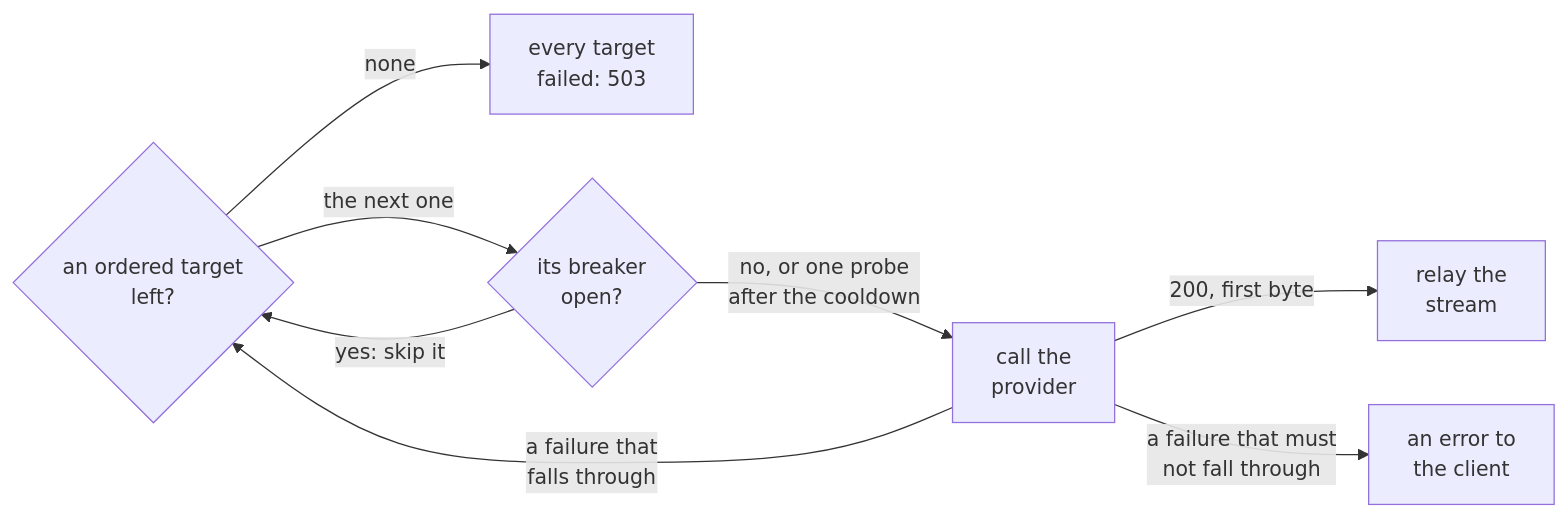
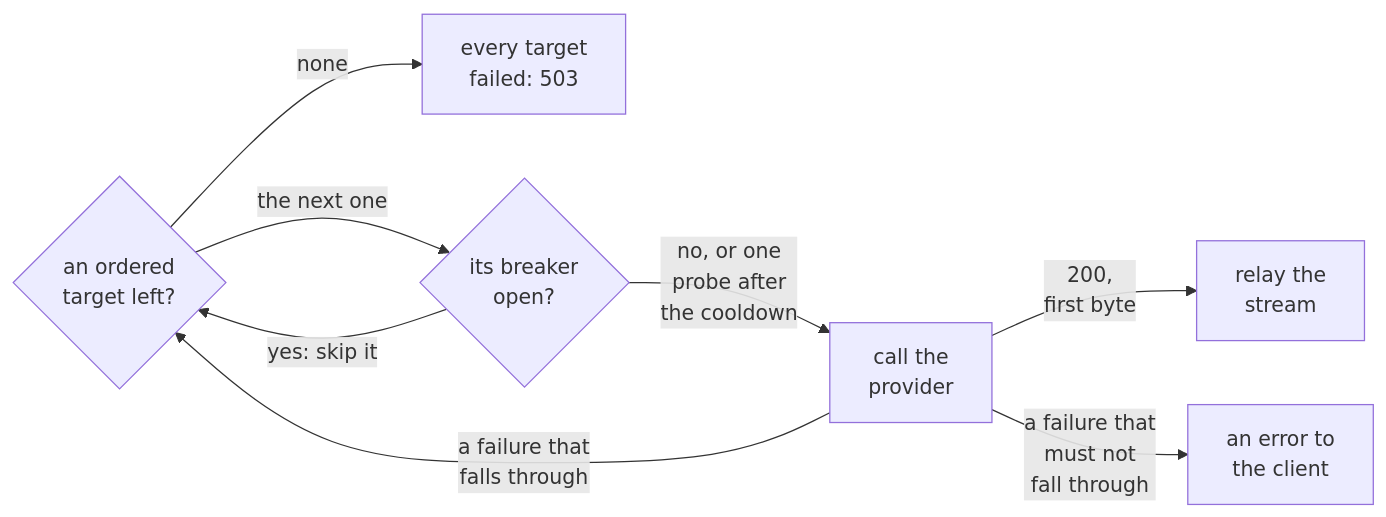
The fifth of 10 diagrams in 06-gateway/llm-gateway/PRIMER.md (aniryou/full-stack-agentic-engineer), drawn with Mermaid before and after one commit. The commit also changed other lines of this file and 211 other files, not shown here.

````diff
--- a/06-gateway/llm-gateway/PRIMER.md
+++ b/06-gateway/llm-gateway/PRIMER.md
@@ -286,10 +298,10 @@
 ```mermaid
 flowchart LR
-    NEXT{"an ordered target<br/>left?"} -- "none" --> NONE["every target<br/>failed: 503"]
+    NEXT{"an ordered<br/>target left?"} -- "none" --> NONE["every target<br/>failed: 503"]
     NEXT -- "the next one" --> B{"its breaker<br/>open?"}
     B -- "yes: skip it" --> NEXT
-    B -- "no, or one probe<br/>after the cooldown" --> CALL["call the<br/>provider"]
-    CALL -- "200, first byte" --> OK["relay the<br/>stream"]
+    B -- "no, or one<br/>probe after<br/>the cooldown" --> CALL["call the<br/>provider"]
+    CALL -- "200,<br/>first byte" --> OK["relay the<br/>stream"]
     CALL -- "a failure that<br/>falls through" --> NEXT
-    CALL -- "a failure that must<br/>not fall through" --> STOP["an error to<br/>the client"]
+    CALL -- "a failure that<br/>must not<br/>fall through" --> STOP["an error to<br/>the client"]
 ```
````
